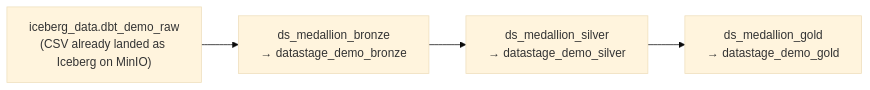
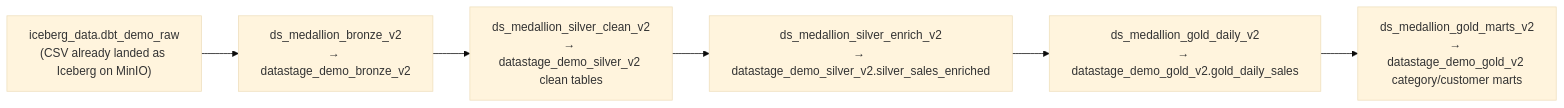
The first of 2 diagrams in docs/datastage-medallion.md (aseelert/ibmas-watsonxdata-dbt), drawn with Mermaid (base theme) before and after one commit. The commit also changed other lines of this file and 6 other files, not shown here.

Commit message:
Add transformer-based DataStage medallion v2 flows

````diff
--- a/docs/datastage-medallion.md
+++ b/docs/datastage-medallion.md
@@ -20,8 +20,10 @@
 ```mermaid
 flowchart LR
     RAW["iceberg_data.dbt_demo_raw\n(CSV already landed as Iceberg on MinIO)"]
-    B["ds_medallion_bronze\n→ datastage_demo_bronze"]
-    S["ds_medallion_silver\n→ datastage_demo_silver"]
-    G["ds_medallion_gold\n→ datastage_demo_gold"]
-    RAW --> B --> S --> G
+    B["ds_medallion_bronze_v2\n→ datastage_demo_bronze_v2"]
+    S["ds_medallion_silver_clean_v2\n→ datastage_demo_silver_v2 clean tables"]
+    E["ds_medallion_silver_enrich_v2\n→ datastage_demo_silver_v2.silver_sales_enriched"]
+    GD["ds_medallion_gold_daily_v2\n→ datastage_demo_gold_v2.gold_daily_sales"]
+    GM["ds_medallion_gold_marts_v2\n→ datastage_demo_gold_v2 category/customer marts"]
+    RAW --> B --> S --> E --> GD --> GM
 ```
````
